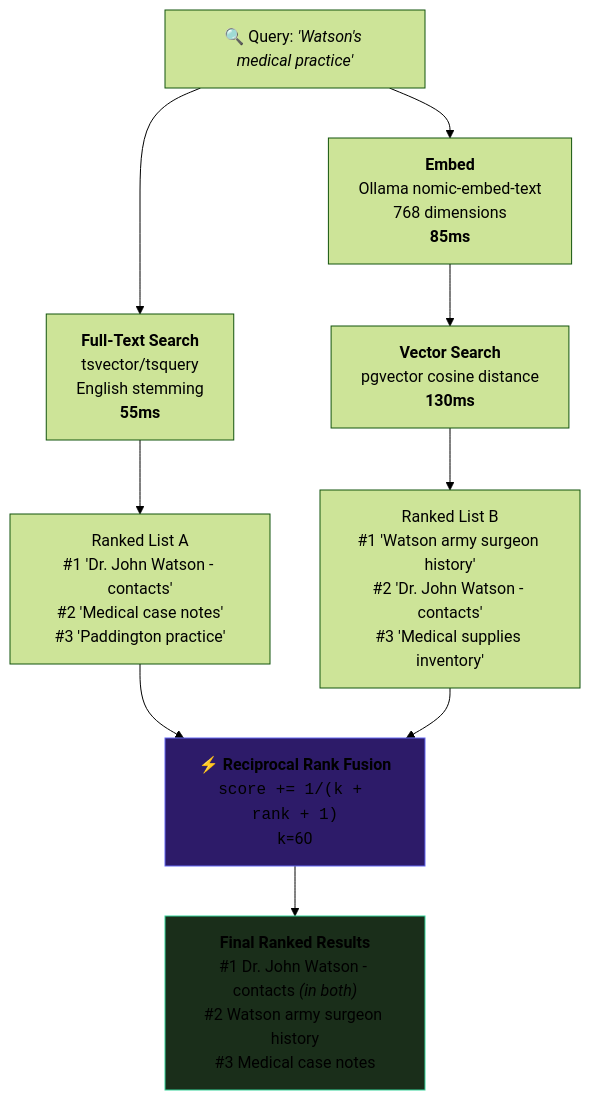
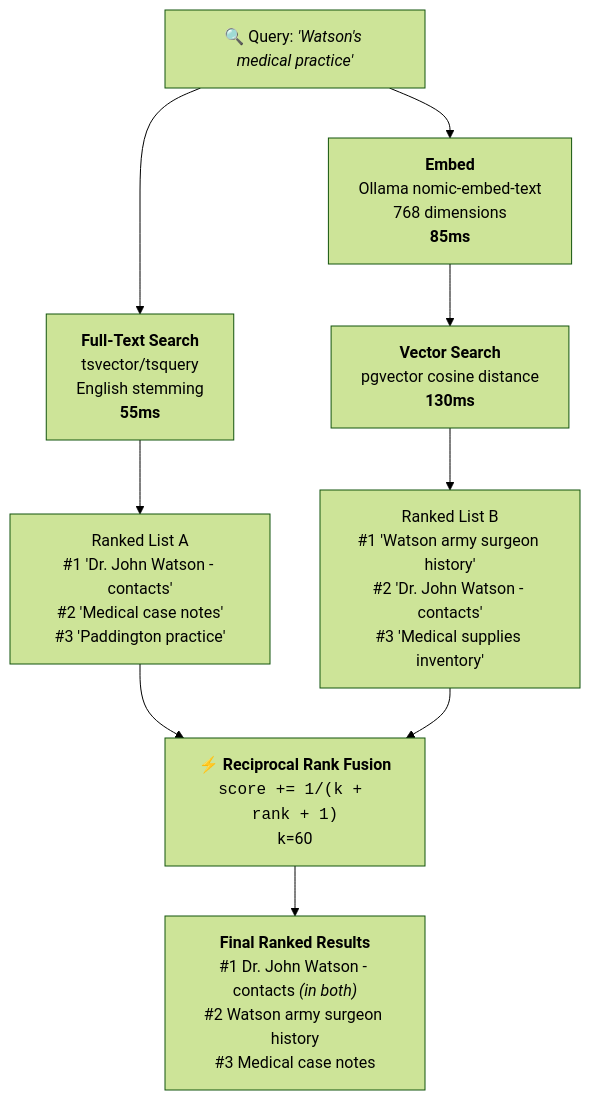
One commit to jamesdwilson/Sh4d0wDB changed the ninth of 13 diagrams in README.md. Above: the diagram before and after it, drawn with Mermaid (forest theme). The commit also changed other lines of this file and 2 other files, not shown here.

````diff
--- a/README.md
+++ b/README.md
@@ -768,14 +749,12 @@
 ```mermaid
 flowchart TD
     Q["🔍 Query: <i>'Watson's medical practice'</i>"] --> FTS["<b>Full-Text Search</b><br/>tsvector/tsquery<br/>English stemming<br/><b>55ms</b>"]
     Q --> EMB["<b>Embed</b><br/>Ollama nomic-embed-text<br/>768 dimensions<br/><b>85ms</b>"]
     EMB --> VEC["<b>Vector Search</b><br/>pgvector cosine distance<br/><b>130ms</b>"]
     FTS --> R1["Ranked List A<br/>#1 'Dr. John Watson - contacts'<br/>#2 'Medical case notes'<br/>#3 'Paddington practice'"]
     VEC --> R2["Ranked List B<br/>#1 'Watson army surgeon history'<br/>#2 'Dr. John Watson - contacts'<br/>#3 'Medical supplies inventory'"]
     R1 --> RRF["<b>⚡ Reciprocal Rank Fusion</b><br/><code>score += 1/(k + rank + 1)</code><br/>k=60"]
     R2 --> RRF
     RRF --> OUT["<b>Final Ranked Results</b><br/>#1 Dr. John Watson - contacts <i>(in both)</i><br/>#2 Watson army surgeon history<br/>#3 Medical case notes"]
 
-    style RRF fill:#2d1b69,stroke:#6366f1
-    style OUT fill:#1a2e1a,stroke:#34d399
 ```
````
